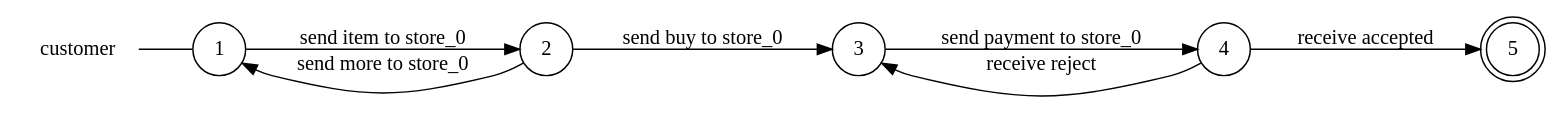
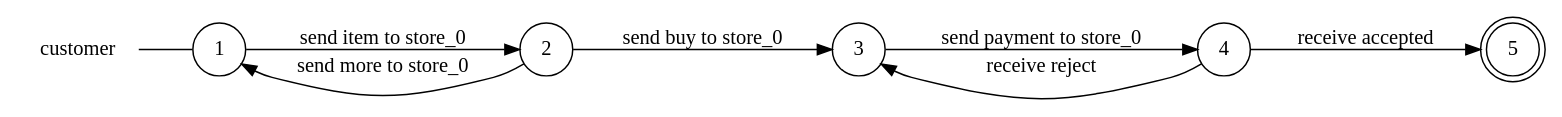
The diagram in examples/customer/customer_local_view.dot (gabrielegenovese/chorer), drawn with Graphviz before and after one commit. The commit also changed other lines of this file and 34 other files, not shown here.

```diff
--- a/examples/customer/customer_local_view.dot
+++ b/examples/customer/customer_local_view.dot
@@ -1,17 +1,17 @@
 digraph customer {
 	rankdir="LR";
 	n_0 [label="customer", shape="plaintext"];
 	n_1 [id="6", shape=doublecircle, label="5"];
 	n_2 [id="1", shape=circle, label="1"];
 	n_0 -> n_2 [arrowhead=none];
 	n_3 [id="2", shape=circle, label="3"];
 	n_4 [id="4", shape=circle, label="4"];
 	n_5 [id="7", shape=circle, label="2"];
 
-	n_4 -> n_1 [id="[$e|2]", label="receive accepted"];
-	n_4 -> n_3 [id="[$e|9]", label="receive reject"];
+	n_2 -> n_5 [id="[$e|3]", label="send item to store_0"];
 	n_3 -> n_4 [id="[$e|5]", label="send payment to store_0"];
 	n_5 -> n_2 [id="[$e|8]", label="send more to store_0"];
-	n_2 -> n_5 [id="[$e|3]", label="send item to store_0"];
+	n_4 -> n_3 [id="[$e|9]", label="receive reject"];
 	n_5 -> n_3 [id="[$e|7]", label="send buy to store_0"];
+	n_4 -> n_1 [id="[$e|2]", label="receive accepted"];
 }
```
